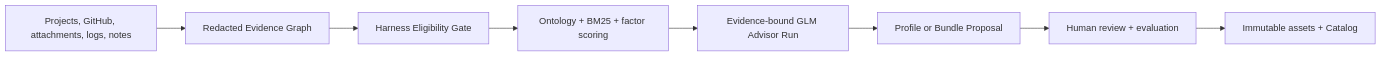
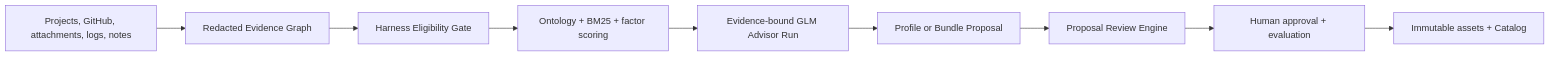
One commit to yeliang-wang/evopilot-harness changed the diagram in README.md. Above: the diagram before and after it, drawn with Mermaid. The commit also changed other lines of this file and 53 other files, not shown here.

````diff
--- a/README.md
+++ b/README.md
@@ -64,10 +64,11 @@
 ```mermaid
 flowchart LR
   Sources["Projects, GitHub, attachments, logs, notes"] --> Graph["Redacted Evidence Graph"]
   Graph --> Gate["Harness Eligibility Gate"]
   Gate --> Match["Ontology + BM25 + factor scoring"]
   Match --> Advisor["Evidence-bound GLM Advisor Run"]
   Advisor --> Proposal["Profile or Bundle Proposal"]
-  Proposal --> Review["Human review + evaluation"]
-  Review --> Catalog["Immutable assets + Catalog"]
+  Proposal --> Review["Proposal Review Engine"]
+  Review --> Human["Human approval + evaluation"]
+  Human --> Catalog["Immutable assets + Catalog"]
 ```
````
